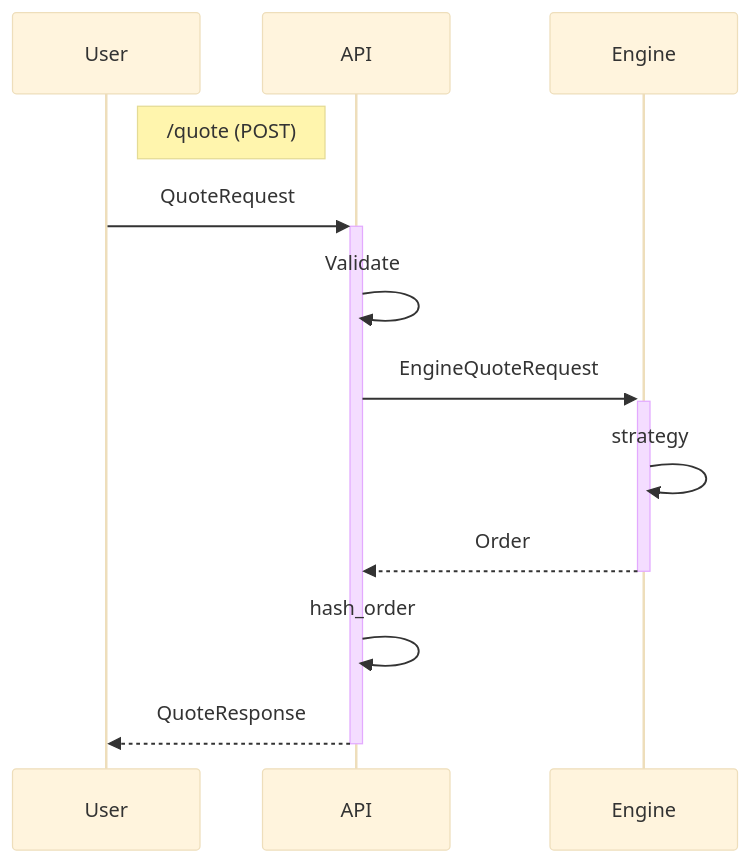
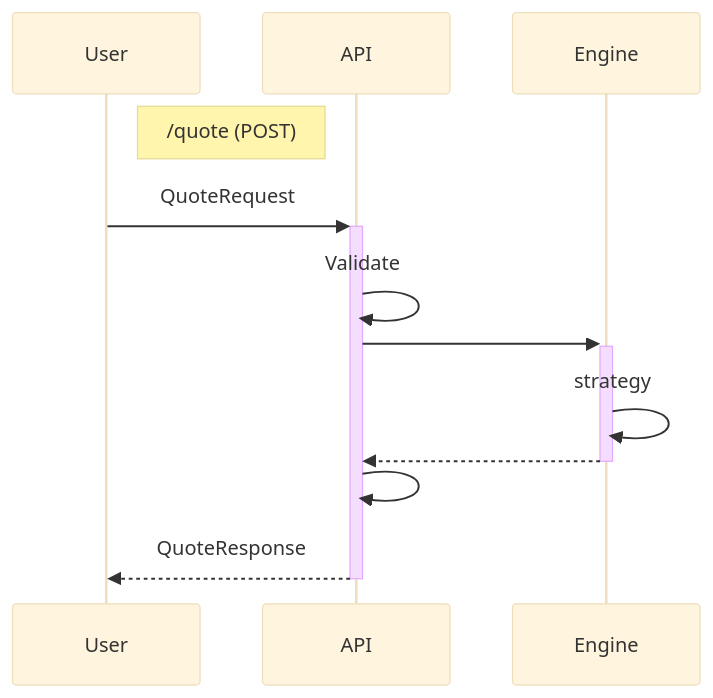
The first of 2 diagrams in README.md (aori-io/aori-ts), drawn with Mermaid (base theme) before and after one commit. The commit also changed other lines of this file, not shown here.

````diff
--- a/README.md
+++ b/README.md
@@ -46,14 +41,14 @@
 ```mermaid
 sequenceDiagram
     participant U as User
     participant API
     participant E as Engine
     note right of U: /quote (POST)
     U->>+API: QuoteRequest
     API->>API: Validate
-    API->>+E: EngineQuoteRequest
+    API->>+E:
     E->>E: strategy
-    E-->>-API: Order
-    API->>API: hash_order
+    E-->>-API:
+    API->>API:
     API-->>-U: QuoteResponse
 ```
````
